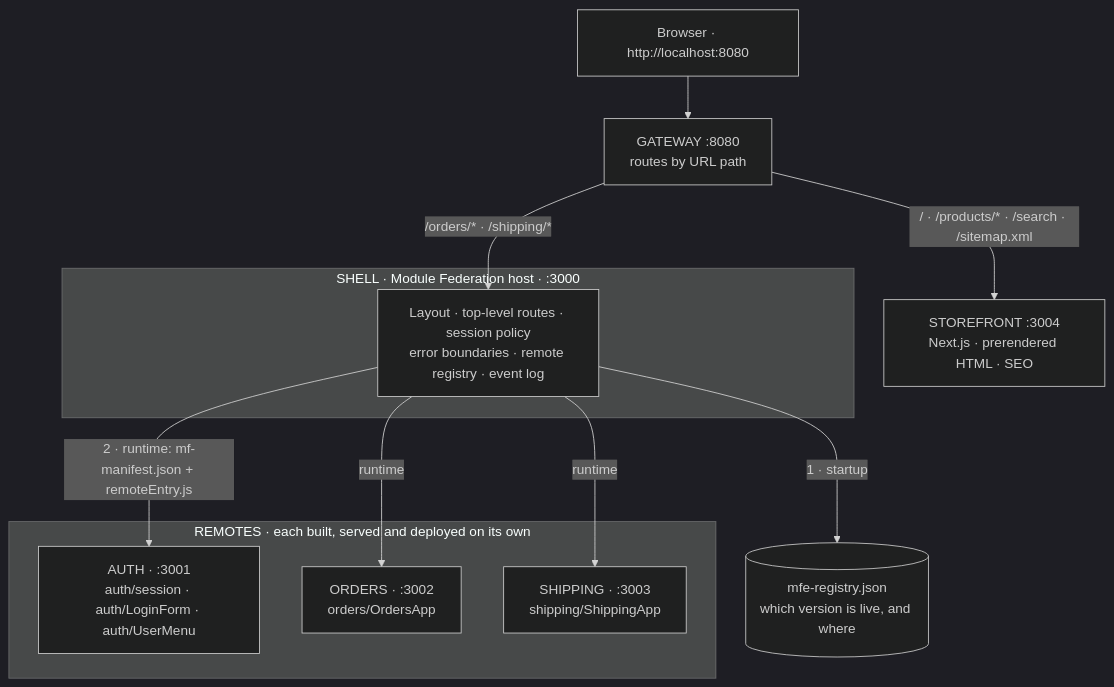
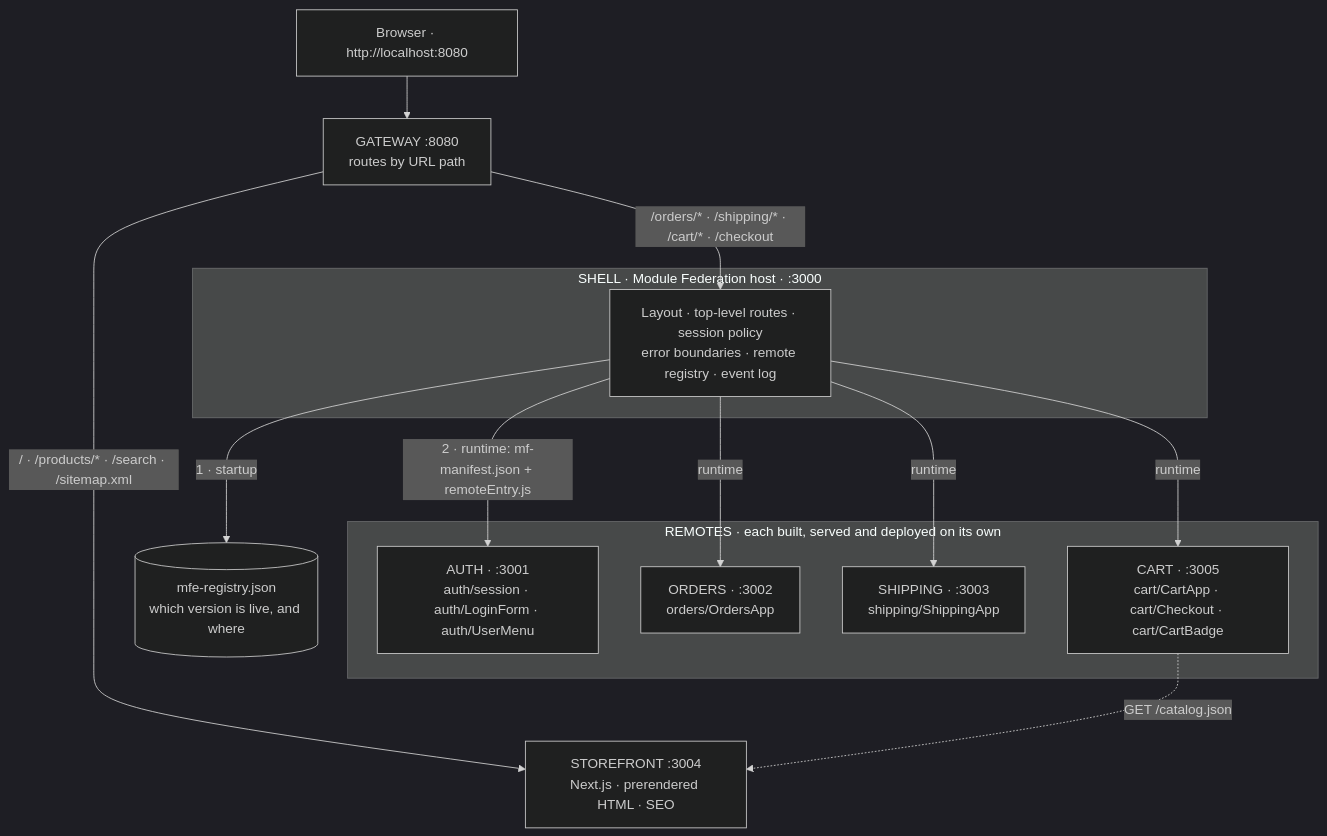
Before and after one commit to alireza-akbarzadeh/mciro: the first of 2 diagrams in micro-shop/README.md, drawn with Mermaid (dark theme). The commit also changed other lines of this file and 51 other files, not shown here.

````diff
--- a/micro-shop/README.md
+++ b/micro-shop/README.md
@@ -82,24 +82,27 @@
 ```mermaid
 flowchart TB
     browser["Browser · http://localhost:8080"] --> gateway["GATEWAY :8080<br/>routes by URL path"]
 
     gateway -- "/ · /products/* · /search · /sitemap.xml" --> storefront["STOREFRONT :3004<br/>Next.js · prerendered HTML · SEO"]
-    gateway -- "/orders/* · /shipping/*" --> shell
+    gateway -- "/orders/* · /shipping/* · /cart/* · /checkout" --> shell
 
     subgraph shellBox["SHELL · Module Federation host · :3000"]
         shell["Layout · top-level routes · session policy<br/>error boundaries · remote registry · event log"]
     end
 
     subgraph remotesBox["REMOTES · each built, served and deployed on its own"]
         auth["AUTH · :3001<br/>auth/session · auth/LoginForm · auth/UserMenu"]
         orders["ORDERS · :3002<br/>orders/OrdersApp"]
         shipping["SHIPPING · :3003<br/>shipping/ShippingApp"]
+        cart["CART · :3005<br/>cart/CartApp · cart/Checkout · cart/CartBadge"]
     end
 
     registry[("mfe-registry.json<br/>which version is live, and where")]
 
     shell -- "1 · startup" --> registry
     shell -- "2 · runtime: mf-manifest.json + remoteEntry.js" --> auth
     shell -- "runtime" --> orders
     shell -- "runtime" --> shipping
+    shell -- "runtime" --> cart
+    cart -. "GET /catalog.json" .-> storefront
 ```
````
